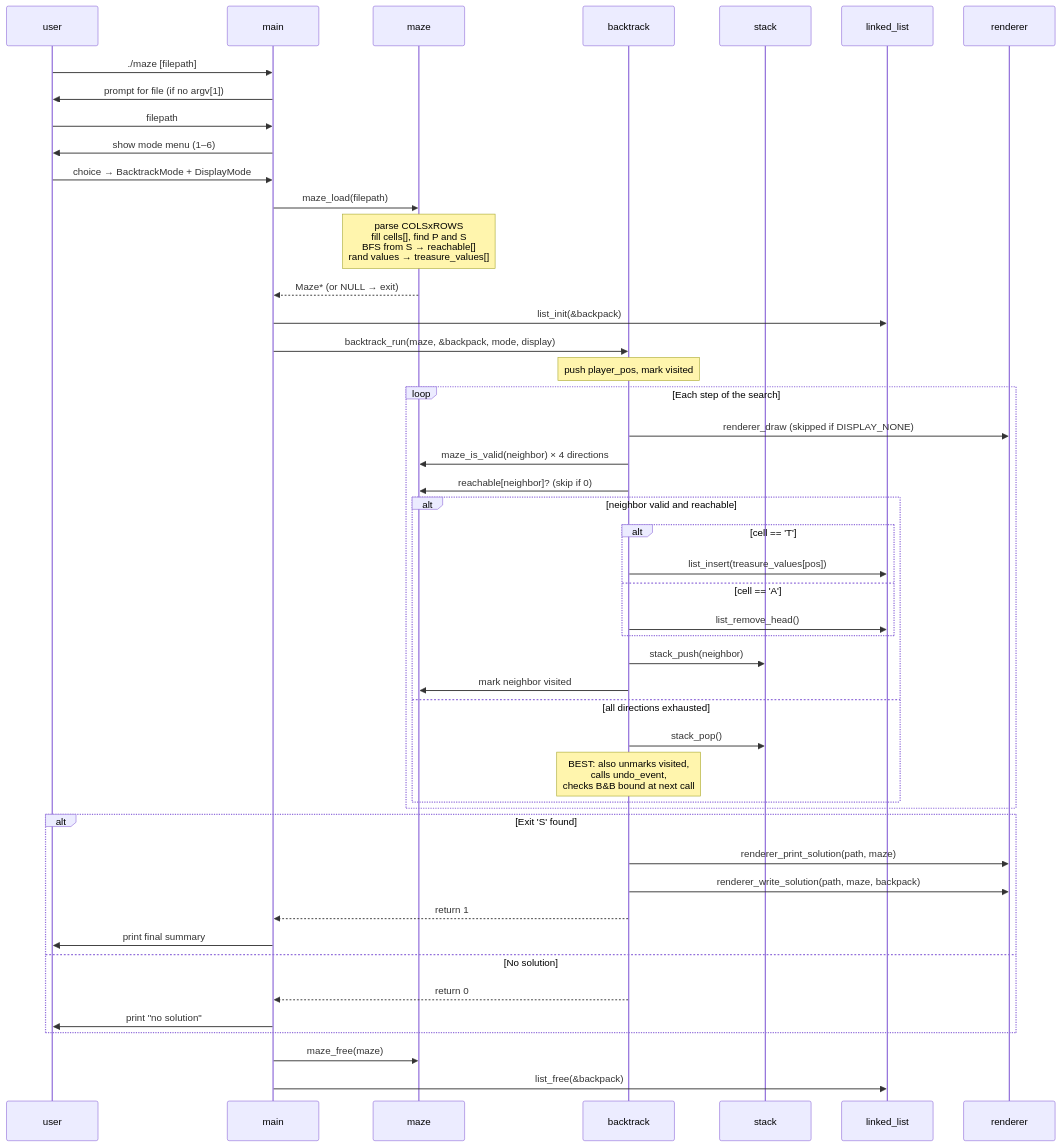
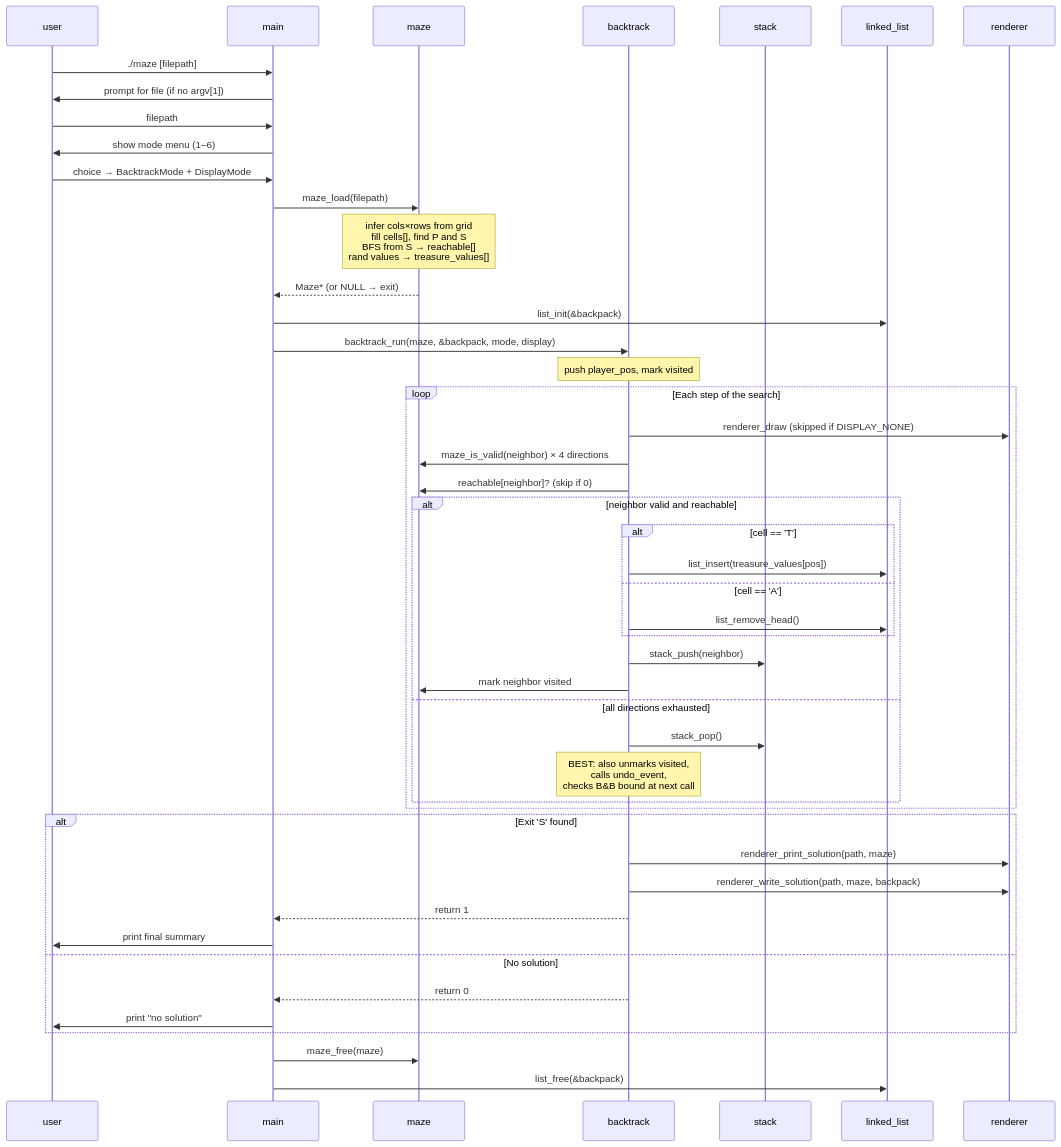
Before and after one commit to P-py/c-backtracking-maze: the third of 5 diagrams in docs/architecture.md, drawn with Mermaid. The commit also changed 17 other files, not shown here.

````diff
--- a/docs/architecture.md
+++ b/docs/architecture.md
@@ -71,56 +71,56 @@
 ```mermaid
 sequenceDiagram
     participant U  as user
     participant M  as main
     participant Mz as maze
     participant BT as backtrack
     participant St as stack
     participant LL as linked_list
     participant R  as renderer
 
     U  ->> M  : ./maze [filepath]
     M  ->> U  : prompt for file (if no argv[1])
     U  ->> M  : filepath
     M  ->> U  : show mode menu (1–6)
     U  ->> M  : choice → BacktrackMode + DisplayMode
 
     M  ->> Mz : maze_load(filepath)
-    Note over Mz: parse COLSxROWS<br/>fill cells[], find P and S<br/>BFS from S → reachable[]<br/>rand values → treasure_values[]
+    Note over Mz: infer cols×rows from grid<br/>fill cells[], find P and S<br/>BFS from S → reachable[]<br/>rand values → treasure_values[]
     Mz -->> M : Maze* (or NULL → exit)
 
     M  ->> LL : list_init(&backpack)
     M  ->> BT : backtrack_run(maze, &backpack, mode, display)
     Note over BT: push player_pos, mark visited
 
     loop Each step of the search
         BT ->> R  : renderer_draw (skipped if DISPLAY_NONE)
         BT ->> Mz : maze_is_valid(neighbor) × 4 directions
         BT ->> Mz : reachable[neighbor]? (skip if 0)
 
         alt neighbor valid and reachable
             alt cell == 'T'
                 BT ->> LL : list_insert(treasure_values[pos])
             else cell == 'A'
                 BT ->> LL : list_remove_head()
             end
             BT ->> St : stack_push(neighbor)
             BT ->> Mz : mark neighbor visited
         else all directions exhausted
             BT ->> St : stack_pop()
             Note over BT: BEST: also unmarks visited,<br/>calls undo_event,<br/>checks B&B bound at next call
         end
     end
 
     alt Exit 'S' found
         BT ->> R  : renderer_print_solution(path, maze)
         BT ->> R  : renderer_write_solution(path, maze, backpack)
         BT -->> M : return 1
         M  ->> U  : print final summary
     else No solution
         BT -->> M : return 0
         M  ->> U  : print "no solution"
     end
 
     M ->> Mz : maze_free(maze)
     M ->> LL : list_free(&backpack)
 ```
````
